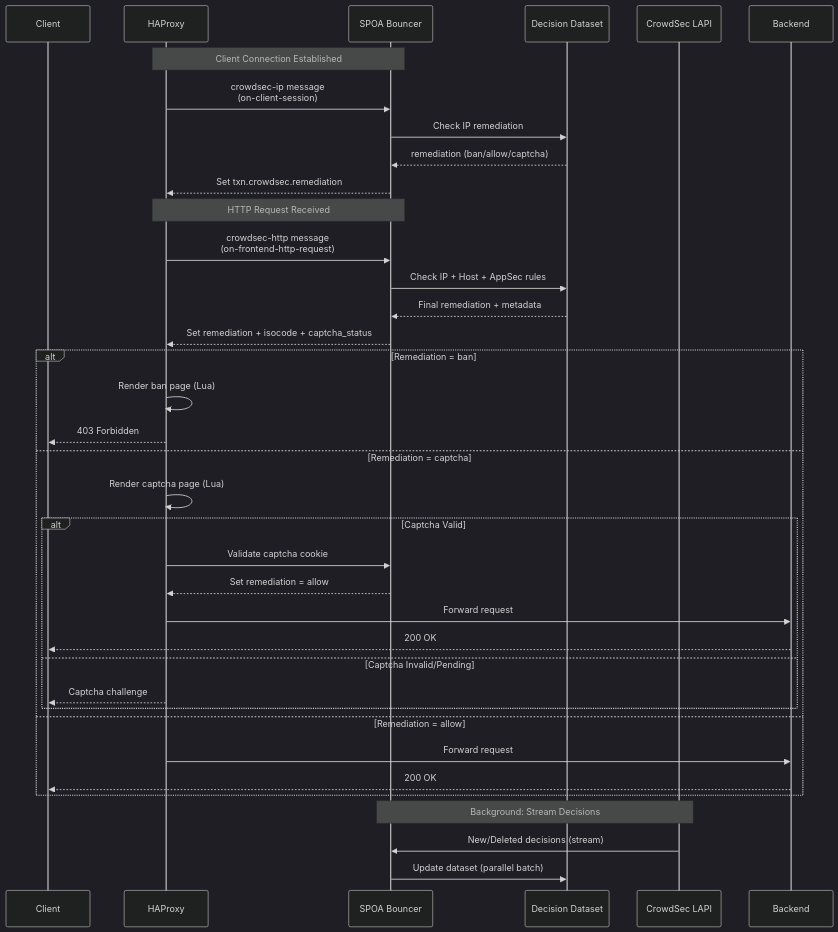
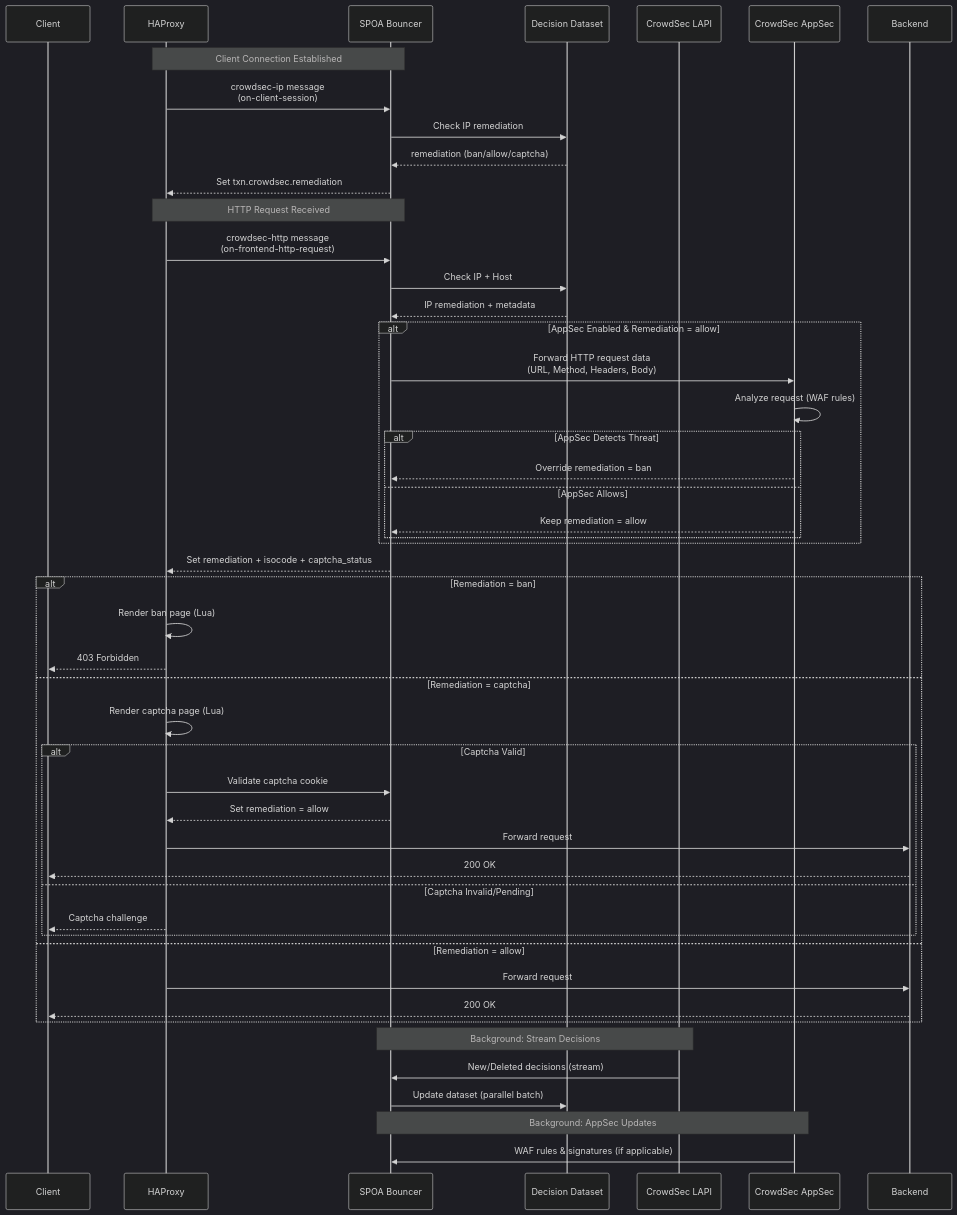
One commit to crowdsecurity/cs-haproxy-spoa-bouncer changed the diagram in README.md. Above: the diagram before and after it, drawn with Mermaid (dark theme). The commit also changed other lines of this file, not shown here.

Commit message:
docs: add separate AppSec node to flow diagram
- Add CrowdSec AppSec as separate participant in Mermaid diagram
- Show AppSec receiving HTTP request data from SPOA
- Show AppSec analyzing requests and potentially overriding remediation
- Update request flow details to explain AppSec integration

````diff
--- a/README.md
+++ b/README.md
@@ -22,43 +22,58 @@
 ```mermaid
 sequenceDiagram
     participant Client
     participant HAProxy
     participant SPOA as SPOA Bouncer
     participant Dataset as Decision Dataset
     participant CrowdSec as CrowdSec LAPI
+    participant AppSec as CrowdSec AppSec
     participant Backend
 
     Note over HAProxy,SPOA: Client Connection Established
     HAProxy->>SPOA: crowdsec-ip message<br/>(on-client-session)
     SPOA->>Dataset: Check IP remediation
     Dataset-->>SPOA: remediation (ban/allow/captcha)
     SPOA-->>HAProxy: Set txn.crowdsec.remediation
     
     Note over HAProxy,SPOA: HTTP Request Received
     HAProxy->>SPOA: crowdsec-http message<br/>(on-frontend-http-request)
-    SPOA->>Dataset: Check IP + Host + AppSec rules
-    Dataset-->>SPOA: Final remediation + metadata
+    SPOA->>Dataset: Check IP + Host
+    Dataset-->>SPOA: IP remediation + metadata
+    
+    alt AppSec Enabled & Remediation = allow
+        SPOA->>AppSec: Forward HTTP request data<br/>(URL, Method, Headers, Body)
+        AppSec->>AppSec: Analyze request (WAF rules)
+        alt AppSec Detects Threat
+            AppSec-->>SPOA: Override remediation = ban
+        else AppSec Allows
+            AppSec-->>SPOA: Keep remediation = allow
+        end
+    end
+    
     SPOA-->>HAProxy: Set remediation + isocode + captcha_status
     
     alt Remediation = ban
         HAProxy->>HAProxy: Render ban page (Lua)
         HAProxy-->>Client: 403 Forbidden
     else Remediation = captcha
         HAProxy->>HAProxy: Render captcha page (Lua)
         alt Captcha Valid
             HAProxy->>SPOA: Validate captcha cookie
             SPOA-->>HAProxy: Set remediation = allow
             HAProxy->>Backend: Forward request
             Backend-->>Client: 200 OK
         else Captcha Invalid/Pending
             HAProxy-->>Client: Captcha challenge
         end
     else Remediation = allow
         HAProxy->>Backend: Forward request
         Backend-->>Client: 200 OK
     end
     
     Note over SPOA,CrowdSec: Background: Stream Decisions
     CrowdSec->>SPOA: New/Deleted decisions (stream)
     SPOA->>Dataset: Update dataset (parallel batch)
+    
+    Note over SPOA,AppSec: Background: AppSec Updates
+    AppSec->>SPOA: WAF rules & signatures (if applicable)
 ```
````
